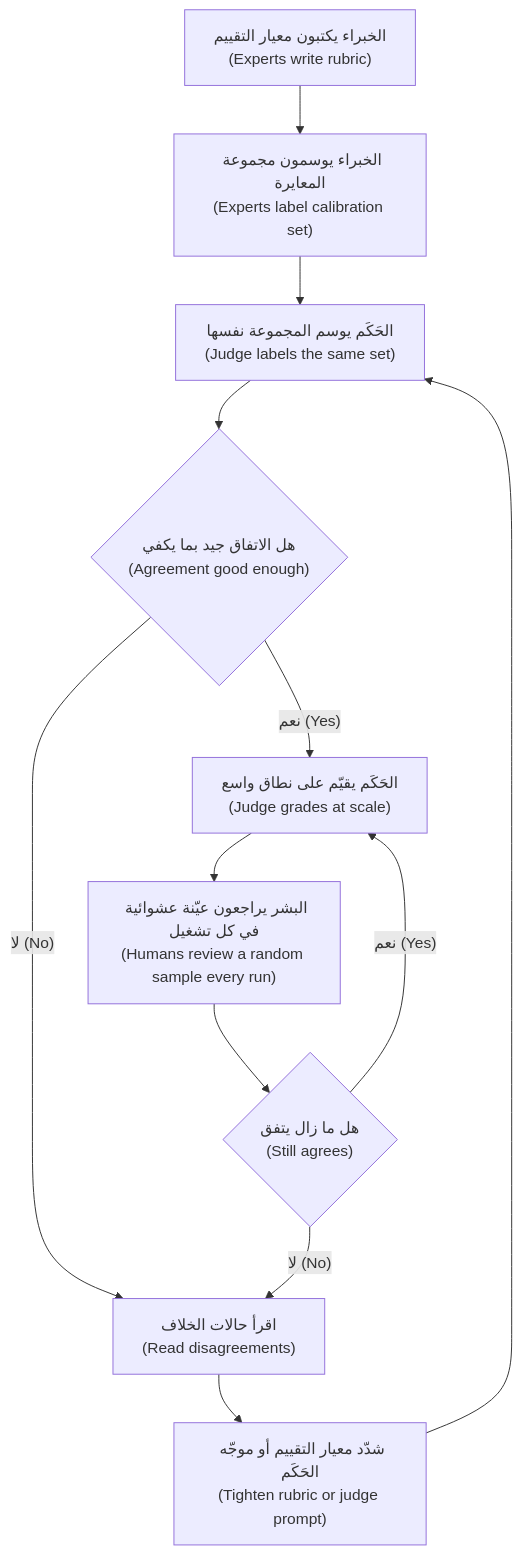
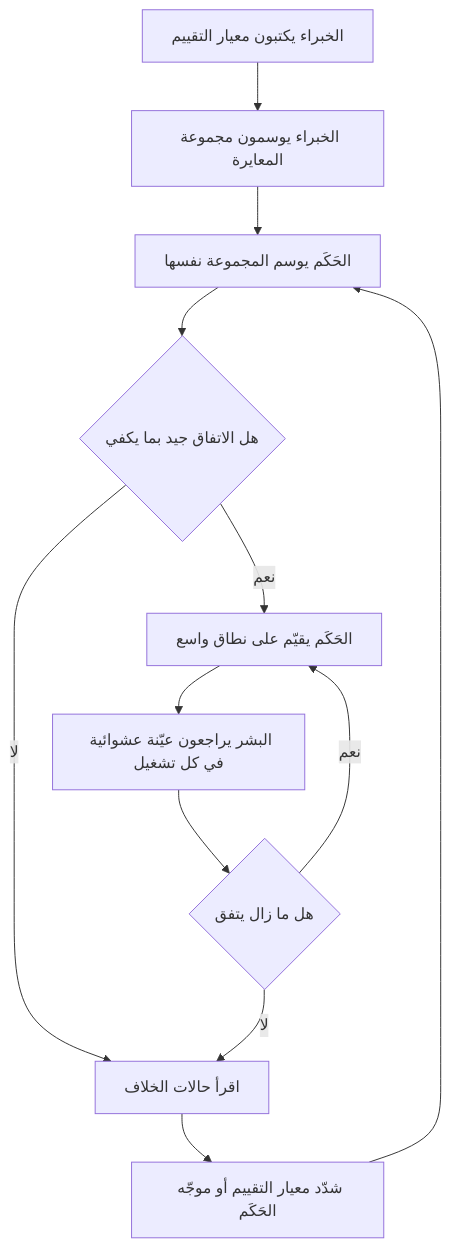
One commit to Tamoura/system-design-for-vibe-coders changed the second of 3 diagrams in aipm/modules/06-evaluation.ar.md. Above: the diagram before and after it, drawn with Mermaid. The commit also changed other lines of this file and 551 other files, not shown here.

````diff
--- a/aipm/modules/06-evaluation.ar.md
+++ b/aipm/modules/06-evaluation.ar.md
@@ -337,14 +347,14 @@
 ```mermaid
 flowchart TD
-    A["الخبراء يكتبون معيار التقييم<br/>(Experts write rubric)"] --> B["الخبراء يوسمون مجموعة المعايرة<br/>(Experts label calibration set)"]
-    B --> C["الحَكَم يوسم المجموعة نفسها<br/>(Judge labels the same set)"]
-    C --> D{"هل الاتفاق جيد بما يكفي<br/>(Agreement good enough)"}
-    D -->|"لا (No)"| E["اقرأ حالات الخلاف<br/>(Read disagreements)"]
-    E --> F["شدّد معيار التقييم أو موجّه الحَكَم<br/>(Tighten rubric or judge prompt)"]
+    A["الخبراء يكتبون معيار التقييم"] --> B["الخبراء يوسمون مجموعة المعايرة"]
+    B --> C["الحَكَم يوسم المجموعة نفسها"]
+    C --> D{"هل الاتفاق جيد بما يكفي"}
+    D -->|"لا"| E["اقرأ حالات الخلاف"]
+    E --> F["شدّد معيار التقييم أو موجّه الحَكَم"]
     F --> C
-    D -->|"نعم (Yes)"| G["الحَكَم يقيّم على نطاق واسع<br/>(Judge grades at scale)"]
-    G --> H["البشر يراجعون عيّنة عشوائية في كل تشغيل<br/>(Humans review a random sample every run)"]
-    H --> I{"هل ما زال يتفق<br/>(Still agrees)"}
-    I -->|"نعم (Yes)"| G
-    I -->|"لا (No)"| E
+    D -->|"نعم"| G["الحَكَم يقيّم على نطاق واسع"]
+    G --> H["البشر يراجعون عيّنة عشوائية في كل تشغيل"]
+    H --> I{"هل ما زال يتفق"}
+    I -->|"نعم"| G
+    I -->|"لا"| E
 ```
````
